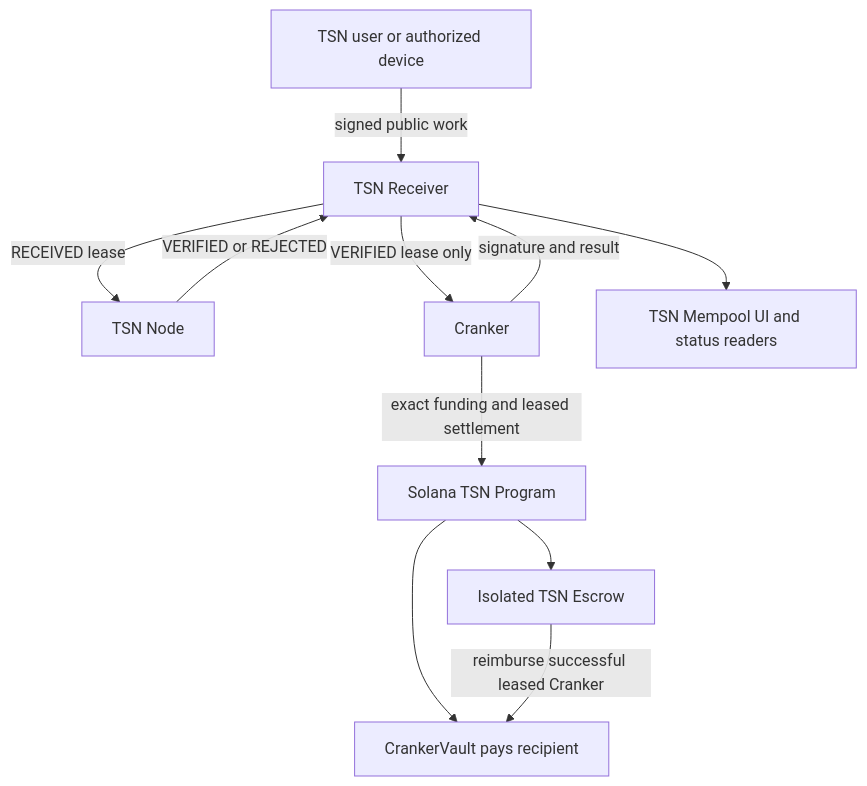
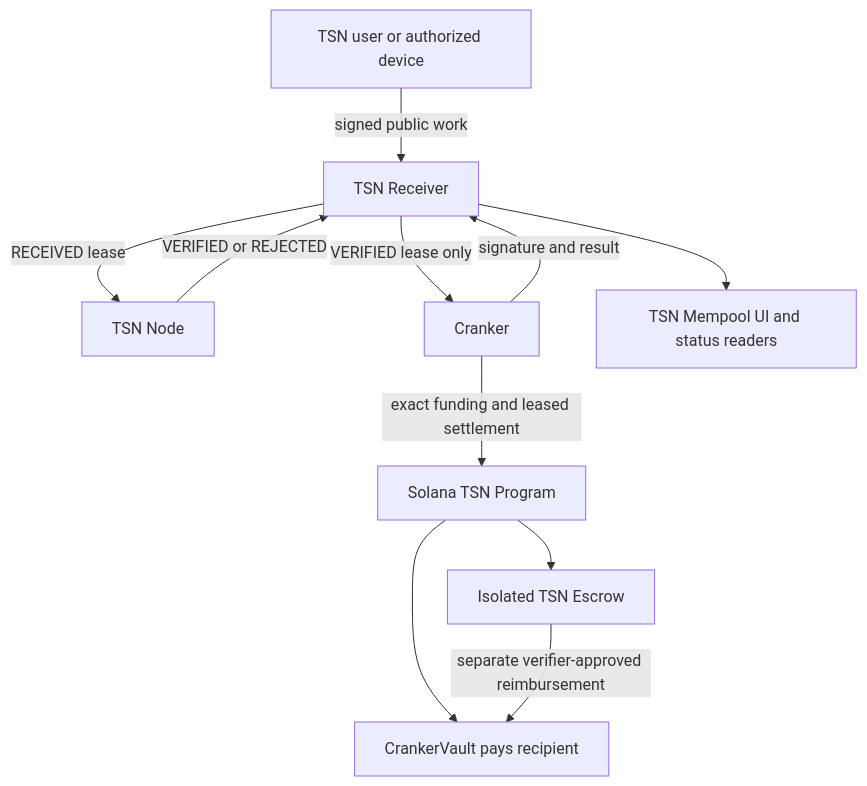
The first of 5 diagrams in docs/tsn-receiver-node-architecture.md (bigdreamsweb3/trustlink-pay), drawn with Mermaid before and after one commit. The commit also changed other lines of this file and 6 other files, not shown here.

````diff
--- a/docs/tsn-receiver-node-architecture.md
+++ b/docs/tsn-receiver-node-architecture.md
@@ -7,13 +7,13 @@
 ```mermaid
 flowchart TD
     U["TSN user or authorized device"] -->|"signed public work"| R["TSN Receiver"]
     R -->|"RECEIVED lease"| N["TSN Node"]
     N -->|"VERIFIED or REJECTED"| R
     R -->|"VERIFIED lease only"| C["Cranker"]
     C -->|"exact funding and leased settlement"| S["Solana TSN Program"]
     S --> E["Isolated TSN Escrow"]
     S --> V["CrankerVault pays recipient"]
-    E -->|"reimburse successful leased Cranker"| V
+    E -->|"separate verifier-approved reimbursement"| V
     C -->|"signature and result"| R
     R --> UI["TSN Mempool UI and status readers"]
 ```
````
